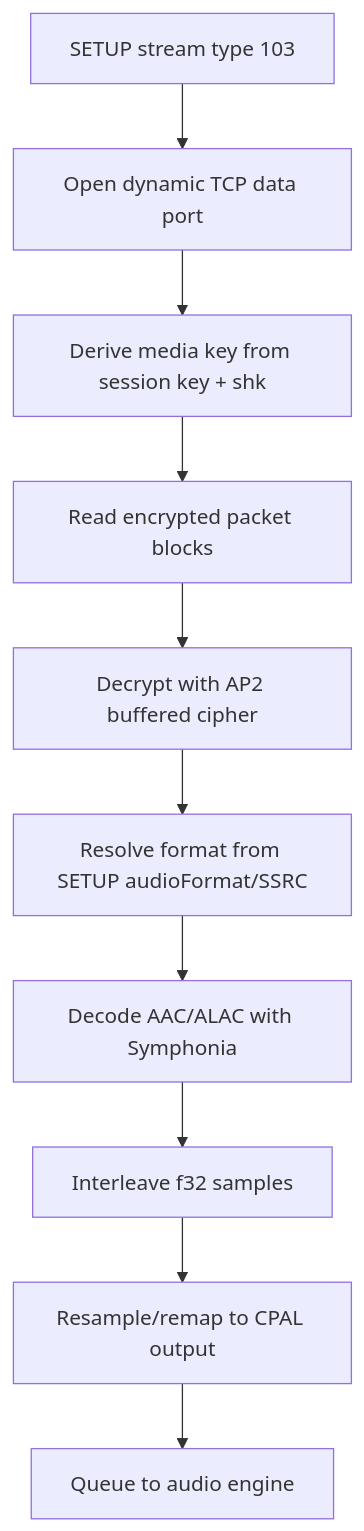
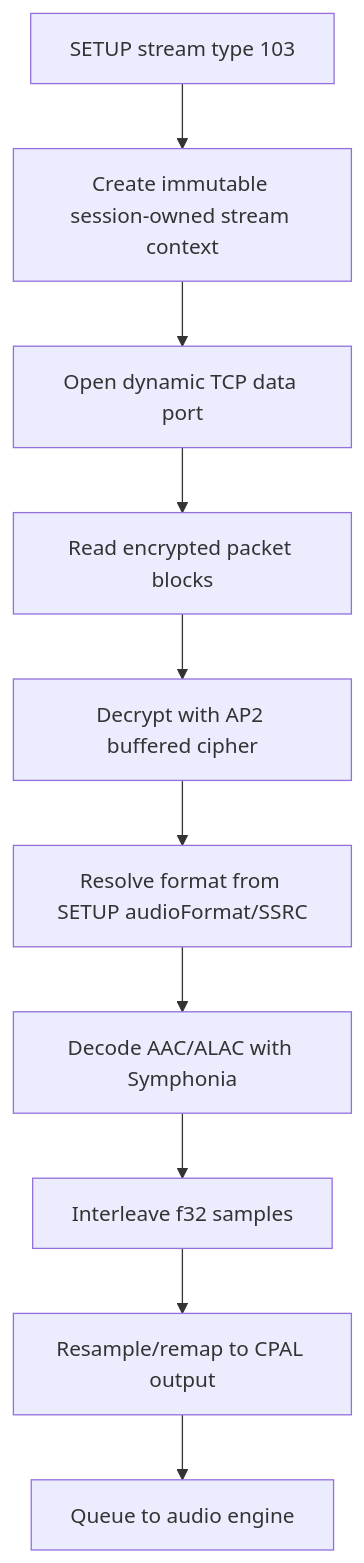
Before and after one commit to TAY0123/shairport-sync: the second of 3 diagrams in shairport-rs/README.md, drawn with Mermaid. The commit also changed other lines of this file and 21 other files, not shown here.

````diff
--- a/shairport-rs/README.md
+++ b/shairport-rs/README.md
@@ -175,12 +176,12 @@
 ```mermaid
 flowchart TD
-    A["SETUP stream type 103"] --> B["Open dynamic TCP data port"]
-    B --> C["Derive media key from session key + shk"]
+    A["SETUP stream type 103"] --> B["Create immutable session-owned stream context"]
+    B --> C["Open dynamic TCP data port"]
     C --> D["Read encrypted packet blocks"]
     D --> E["Decrypt with AP2 buffered cipher"]
     E --> F["Resolve format from SETUP audioFormat/SSRC"]
     F --> G["Decode AAC/ALAC with Symphonia"]
     G --> H["Interleave f32 samples"]
     H --> I["Resample/remap to CPAL output"]
     I --> J["Queue to audio engine"]
 ```
````
